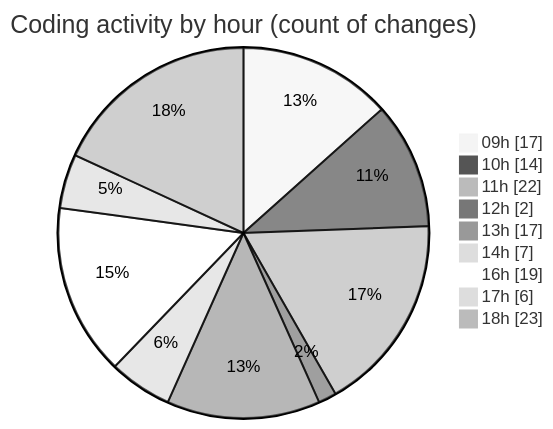
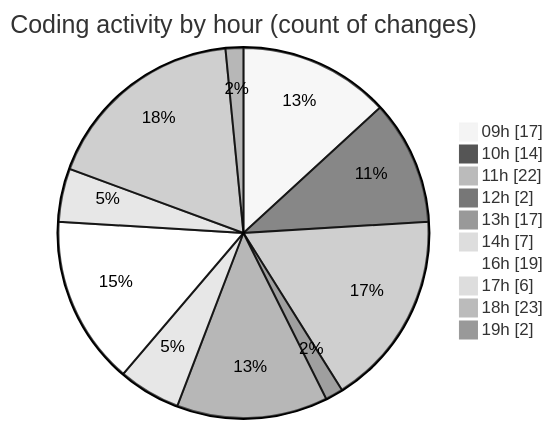
One commit to momahboobian/code-tracking changed the second of 2 diagrams in 2026-04-28/cda/README.md. Above: the diagram before and after it, drawn with Mermaid (neutral theme). The commit also changed other lines of this file and 1 other file, not shown here.

````diff
--- a/2026-04-28/cda/README.md
+++ b/2026-04-28/cda/README.md
@@ -59,13 +59,14 @@
 ```mermaid
 pie showData
 title Coding activity by hour (count of changes)
 "09h" : 17
 "10h" : 14
 "11h" : 22
 "12h" : 2
 "13h" : 17
 "14h" : 7
 "16h" : 19
 "17h" : 6
 "18h" : 23
+"19h" : 2
 ```
````
